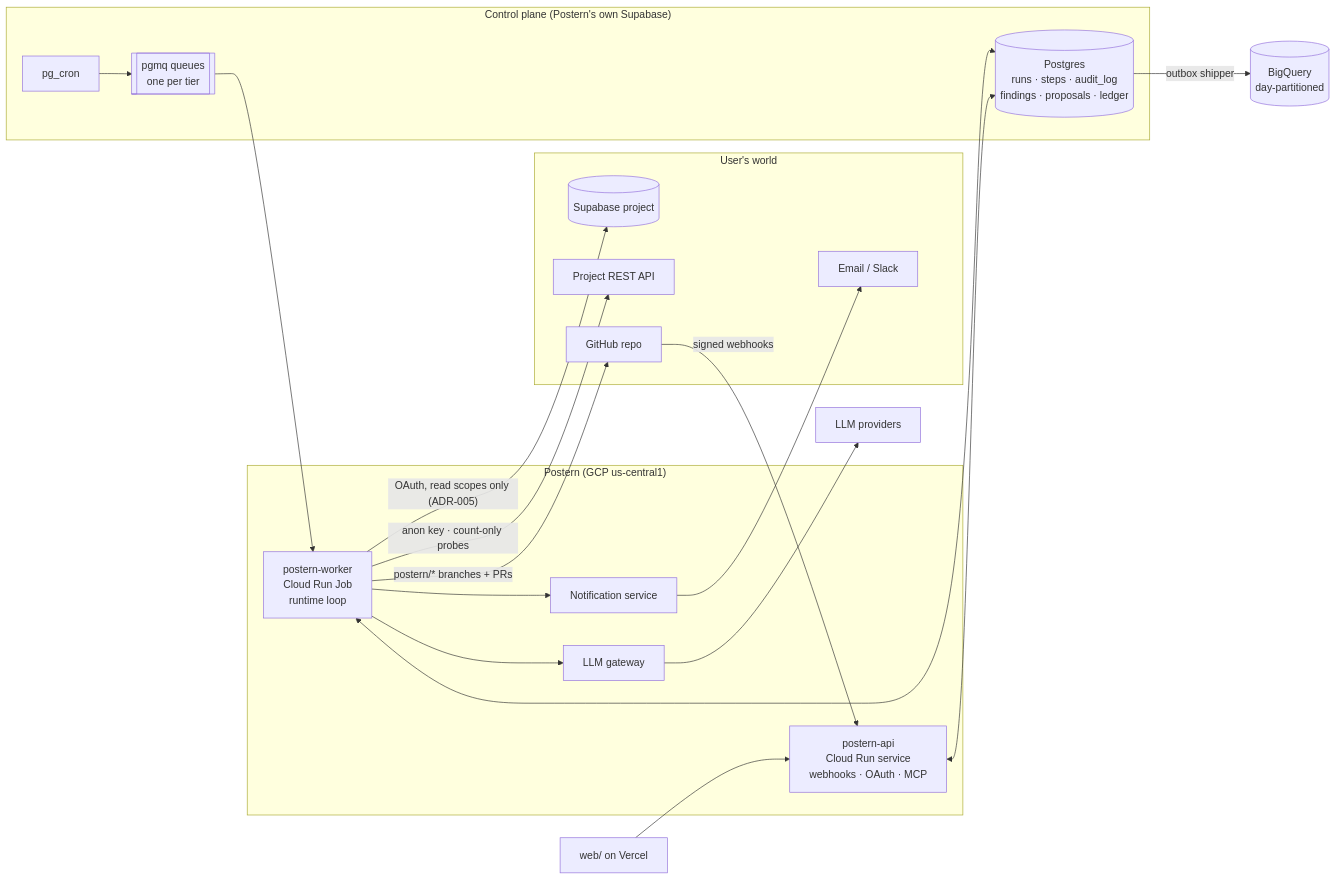
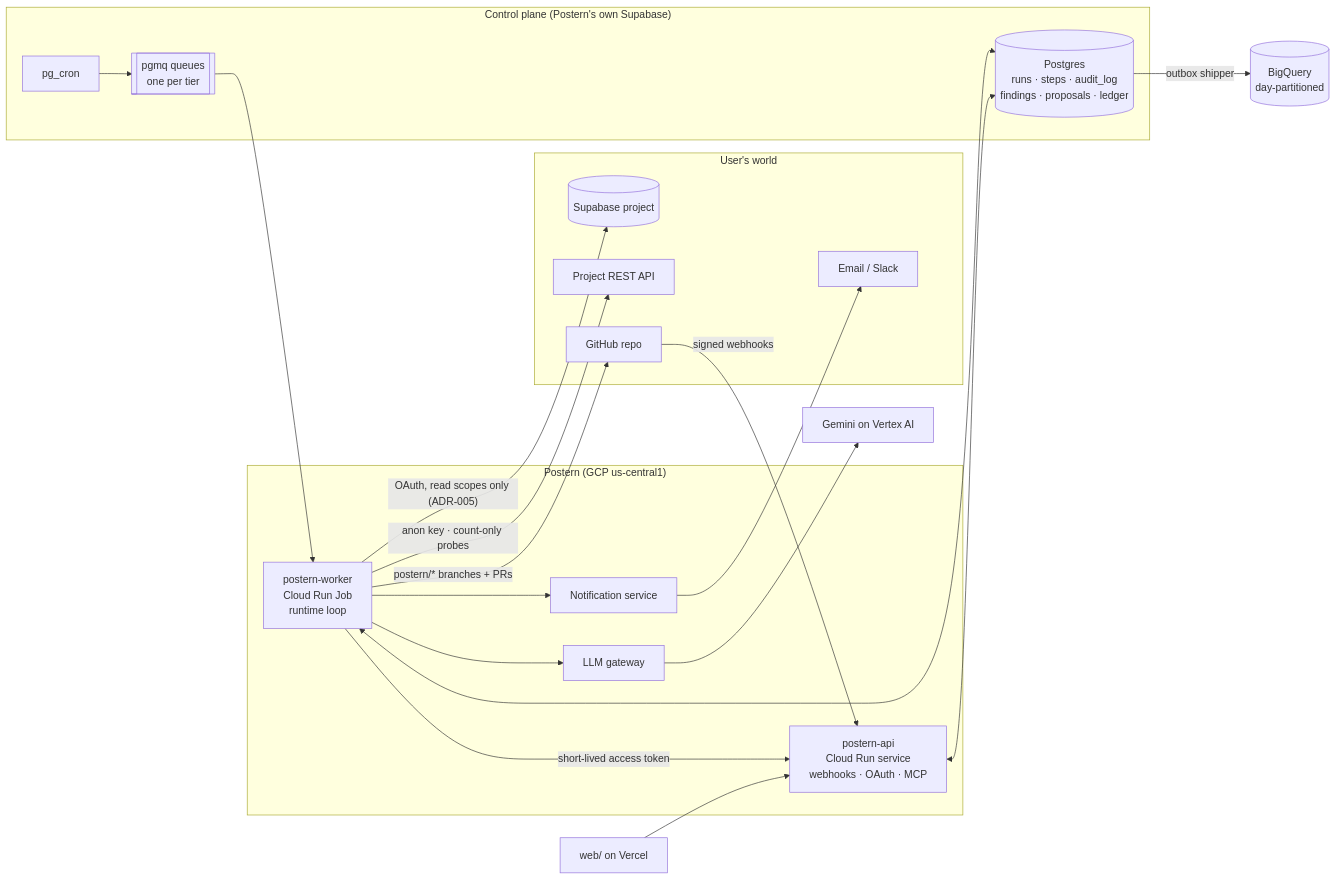
Before and after one commit to Dheeru-Reddy-ui/postern: the diagram in docs/architecture.md, drawn with Mermaid. The commit also changed other lines of this file and 92 other files, not shown here.

````diff
--- a/docs/architecture.md
+++ b/docs/architecture.md
@@ -36,39 +43,40 @@
 ```mermaid
 flowchart LR
     subgraph User["User's world"]
         SP[(Supabase project)]
         REST[Project REST API]
         GH[GitHub repo]
         INBOX[Email / Slack]
     end
 
     subgraph Postern["Postern (GCP us-central1)"]
         API[postern-api<br/>Cloud Run service<br/>webhooks · OAuth · MCP]
         W[postern-worker<br/>Cloud Run Job<br/>runtime loop]
         GW[LLM gateway]
         N[Notification service]
     end
 
     subgraph CP["Control plane (Postern's own Supabase)"]
         DB[(Postgres<br/>runs · steps · audit_log<br/>findings · proposals · ledger)]
         Q[[pgmq queues<br/>one per tier]]
         CRON[pg_cron]
     end
 
     BQ[(BigQuery<br/>day-partitioned)]
-    LLM[LLM providers]
+    LLM[Gemini on Vertex AI]
     WEB[web/ on Vercel]
 
     CRON --> Q
     Q --> W
     W -- "OAuth, read scopes only (ADR-005)" --> SP
     W -- "anon key · count-only probes" --> REST
     W -- "postern/* branches + PRs" --> GH
+    W -- "short-lived access token" --> API
     W --> GW --> LLM
     W --> N --> INBOX
     W <--> DB
     API <--> DB
     GH -- signed webhooks --> API
     DB -- outbox shipper --> BQ
     WEB --> API
 ```
````
